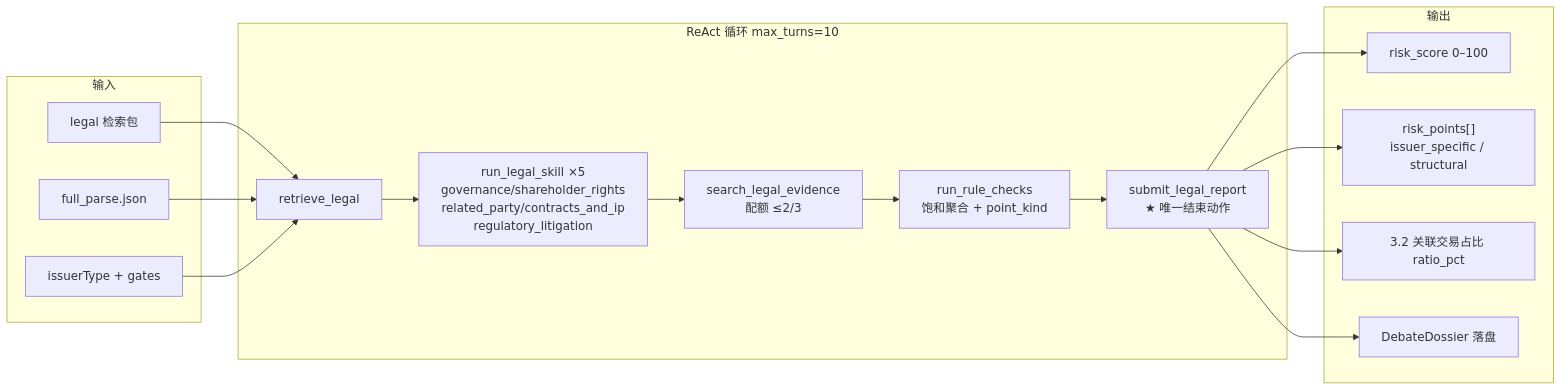
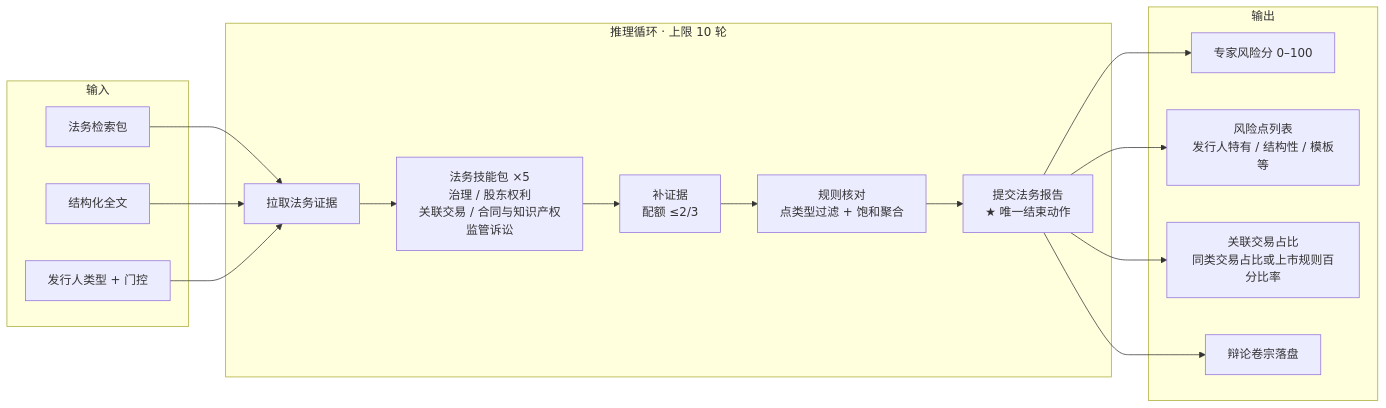
One commit to uianian/IPOI changed the sixth of 8 diagrams in agents/hk_ipo_risk/docs/multi_agent_architecture_diagrams.md. Above: the diagram before and after it, drawn with Mermaid. The commit also changed other lines of this file, not shown here.

First line of the commit message:
docs: 中文化多智能体架构图并补充字段口径对照表

````diff
--- a/agents/hk_ipo_risk/docs/multi_agent_architecture_diagrams.md
+++ b/agents/hk_ipo_risk/docs/multi_agent_architecture_diagrams.md
@@ -359,26 +437,26 @@
 ```mermaid
 flowchart LR
     subgraph LEG_IN["输入"]
-        LI1["legal 检索包"]
-        LI2["full_parse.json"]
-        LI3["issuerType + gates"]
+        LI1["法务检索包"]
+        LI2["结构化全文"]
+        LI3["发行人类型 + 门控"]
     end
 
-    subgraph LEG_REACT["ReAct 循环 max_turns=10"]
-        LT1["retrieve_legal"]
-        LT2["run_legal_skill ×5<br/>governance/shareholder_rights<br/>related_party/contracts_and_ip<br/>regulatory_litigation"]
-        LT3["search_legal_evidence<br/>配额 ≤2/3"]
-        LT4["run_rule_checks<br/>饱和聚合 + point_kind"]
-        LT5["submit_legal_report<br/>★ 唯一结束动作"]
+    subgraph LEG_REACT["推理循环 · 上限 10 轮"]
+        LT1["拉取法务证据"]
+        LT2["法务技能包 ×5<br/>治理 / 股东权利<br/>关联交易 / 合同与知识产权<br/>监管诉讼"]
+        LT3["补证据<br/>配额 ≤2/3"]
+        LT4["规则核对<br/>点类型过滤 + 饱和聚合"]
+        LT5["提交法务报告<br/>★ 唯一结束动作"]
     end
 
     subgraph LEG_OUT["输出"]
-        LO1["risk_score 0–100"]
-        LO2["risk_points[]<br/>issuer_specific / structural"]
-        LO3["3.2 关联交易占比 ratio_pct"]
-        LO4["DebateDossier 落盘"]
+        LO1["专家风险分 0–100"]
+        LO2["风险点列表<br/>发行人特有 / 结构性 / 模板等"]
+        LO3["关联交易占比<br/>同类交易占比或上市规则百分比率"]
+        LO4["辩论卷宗落盘"]
     end
 
     LI1 & LI2 & LI3 --> LT1 --> LT2 --> LT3 --> LT4 --> LT5
     LT5 --> LO1 & LO2 & LO3 & LO4
 ```
````
